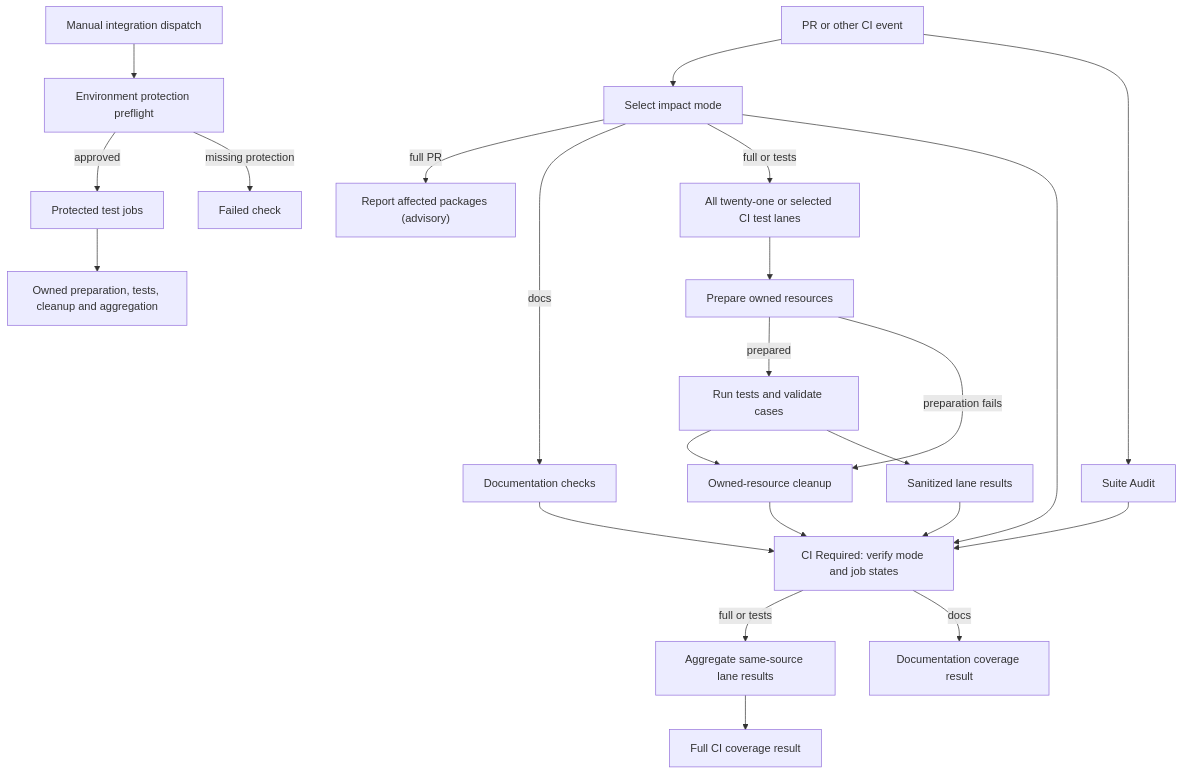
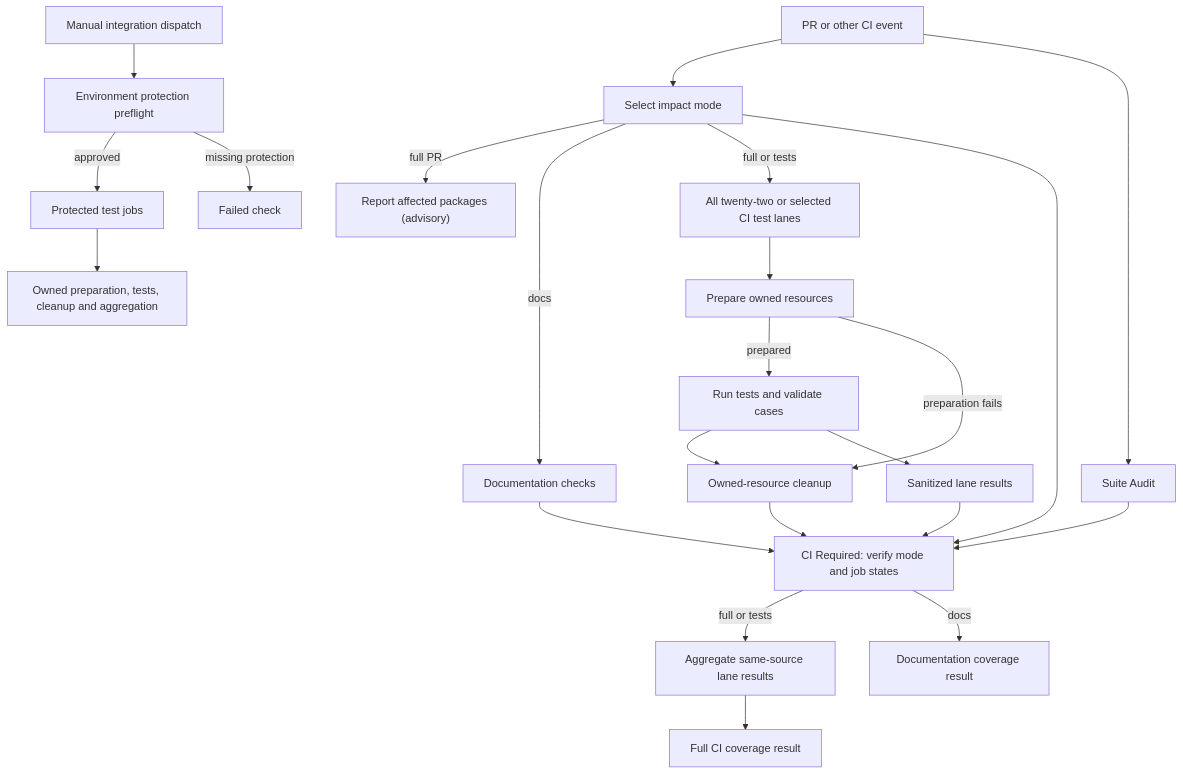
Before and after one commit to openclaw/openclaw-enterprise: the diagram in docs/flows/github-actions-testing.md, drawn with Mermaid. The commit also changed other lines of this file and 15 other files, not shown here.

````diff
--- a/docs/flows/github-actions-testing.md
+++ b/docs/flows/github-actions-testing.md
@@ -21,25 +21,25 @@
 ```mermaid
 graph TD
   A["PR or other CI event"] --> S["Select impact mode"]
   A --> N["Suite Audit"]
   S -->|full PR| Q["Report affected packages (advisory)"]
   S -->|docs| D["Documentation checks"]
-  S -->|full or tests| B["All twenty-one or selected CI test lanes"]
+  S -->|full or tests| B["All twenty-two or selected CI test lanes"]
   B --> F["Prepare owned resources"]
   F -->|prepared| H["Run tests and validate cases"]
   F -->|preparation fails| J["Owned-resource cleanup"]
   H --> J
   H --> K["Sanitized lane results"]
   J --> G["CI Required: verify mode and job states"]
   S --> G
   N --> G
   D --> G
   K --> G
   G -->|full or tests| L["Aggregate same-source lane results"]
   G -->|docs| M["Documentation coverage result"]
   L --> R["Full CI coverage result"]
   C["Manual integration dispatch"] --> P["Environment protection preflight"]
   P -->|approved| E["Protected test jobs"]
   P -->|missing protection| X["Failed check"]
   E --> T["Owned preparation, tests, cleanup and aggregation"]
 ```
````
